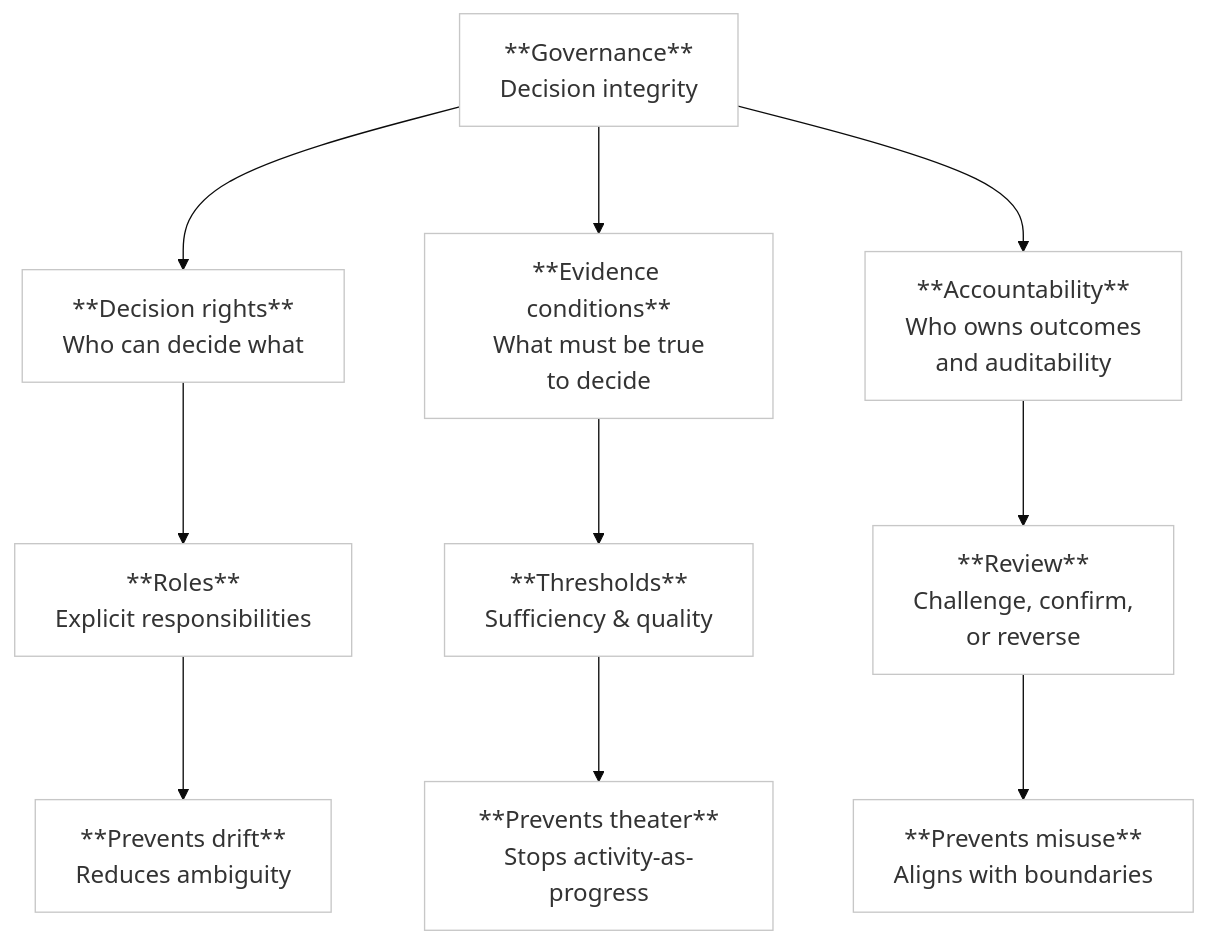
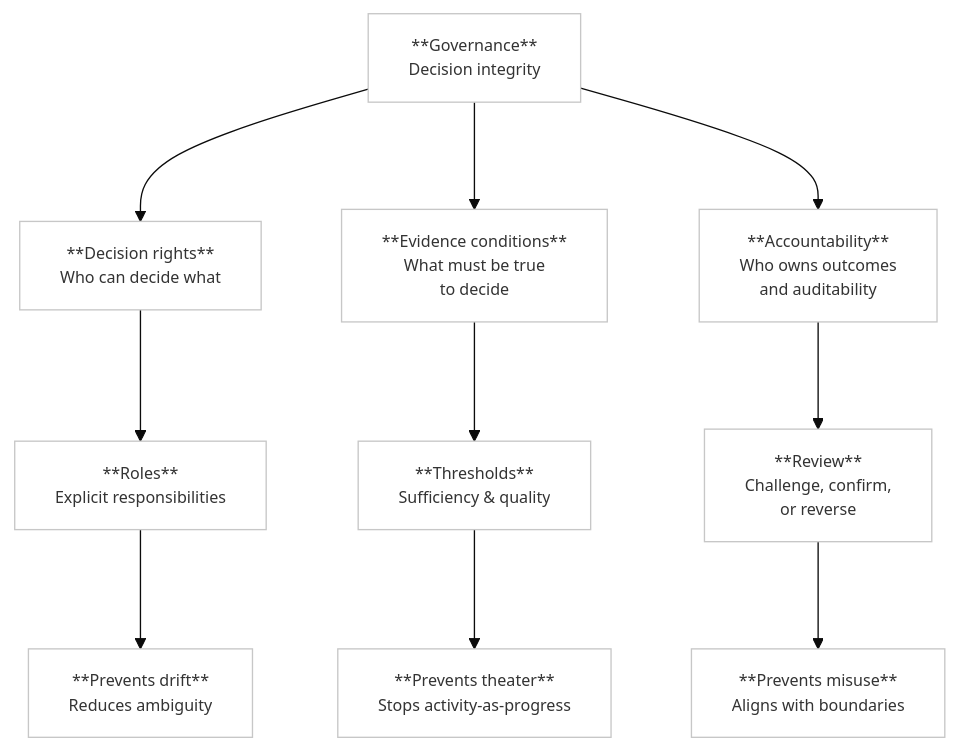
Before and after one commit to micro-canvas-framework/micro-canvas-framework.github.io: the diagram in docs/book/governance-and-roles.mdx, drawn with Mermaid. The commit also changed other lines of this file and 23 other files, not shown here.

Commit message:
docs(book): normalize mermaid font size to 12px

````diff
--- a/docs/book/governance-and-roles.mdx
+++ b/docs/book/governance-and-roles.mdx
@@ -45,19 +45,19 @@
 ```mermaid
-%%{init: {"theme":"base","flowchart":{"nodeSpacing":60,"rankSpacing":80},"themeVariables":{"fontSize":"18px"}} }%%
+%%{init: {"theme":"base","flowchart":{"nodeSpacing":60,"rankSpacing":80},"themeVariables":{"fontSize":"12px"}} }%%
 flowchart TB
 
   G["**Governance**<br/>Decision integrity"] --> DR["**Decision rights**<br/>Who can decide what"]
   G --> EC["**Evidence conditions**<br/>What must be true<br/>to decide"]
   G --> AC["**Accountability**<br/>Who owns outcomes<br/>and auditability"]
 
   DR --> R["**Roles**<br/>Explicit responsibilities"]
   EC --> TH["**Thresholds**<br/>Sufficiency & quality"]
   AC --> RV["**Review**<br/>Challenge, confirm,<br/>or reverse"]
 
   R --> PD["**Prevents drift**<br/>Reduces ambiguity"]
   TH --> PT["**Prevents theater**<br/>Stops activity-as-progress"]
   RV --> MU["**Prevents misuse**<br/>Aligns with boundaries"]
 
   classDef layer fill:#ffffff,stroke:#c7c7c7,stroke-width:1px;
   class G,DR,EC,AC,R,TH,RV,PD,PT,MU layer;
 ```
````
